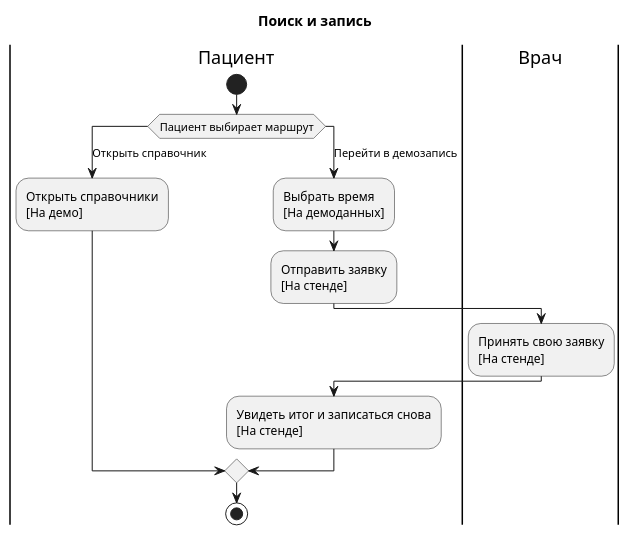
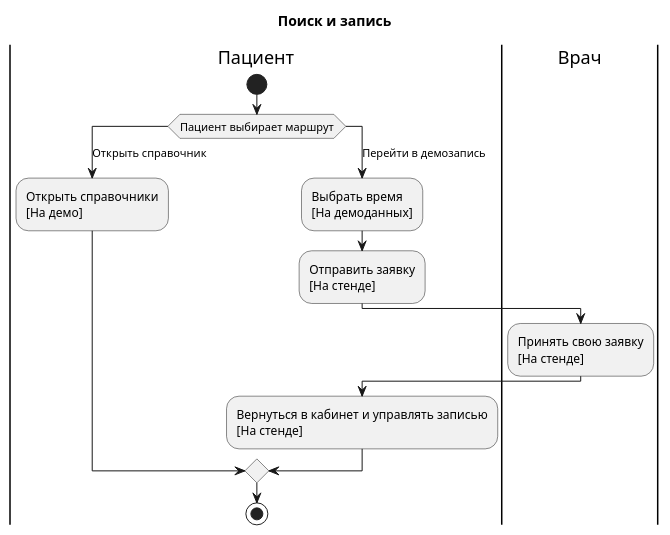
One commit to medbookdev/medbook-readiness changed the second of 10 diagrams in medbook-full.puml. Above: the diagram before and after it, drawn with PlantUML. The commit also changed 16 other files, not shown here.

```diff
--- a/medbook-full.puml
+++ b/medbook-full.puml
@@ -36,21 +36,21 @@
 @startuml medbook-care
 skinparam shadowing false
 title Поиск и запись
 |Пациент|
 start
 switch (Пациент выбирает маршрут)
 case (Открыть справочник)
 |Пациент|
 :Открыть справочники\n[На демо];
 case (Перейти в демозапись)
 |Пациент|
 :Выбрать время\n[На демоданных];
 |Пациент|
 :Отправить заявку\n[На стенде];
 |Врач|
 :Принять свою заявку\n[На стенде];
 |Пациент|
-:Увидеть итог и записаться снова\n[На стенде];
+:Вернуться в кабинет и управлять записью\n[На стенде];
 endswitch
 stop
 @enduml
```
